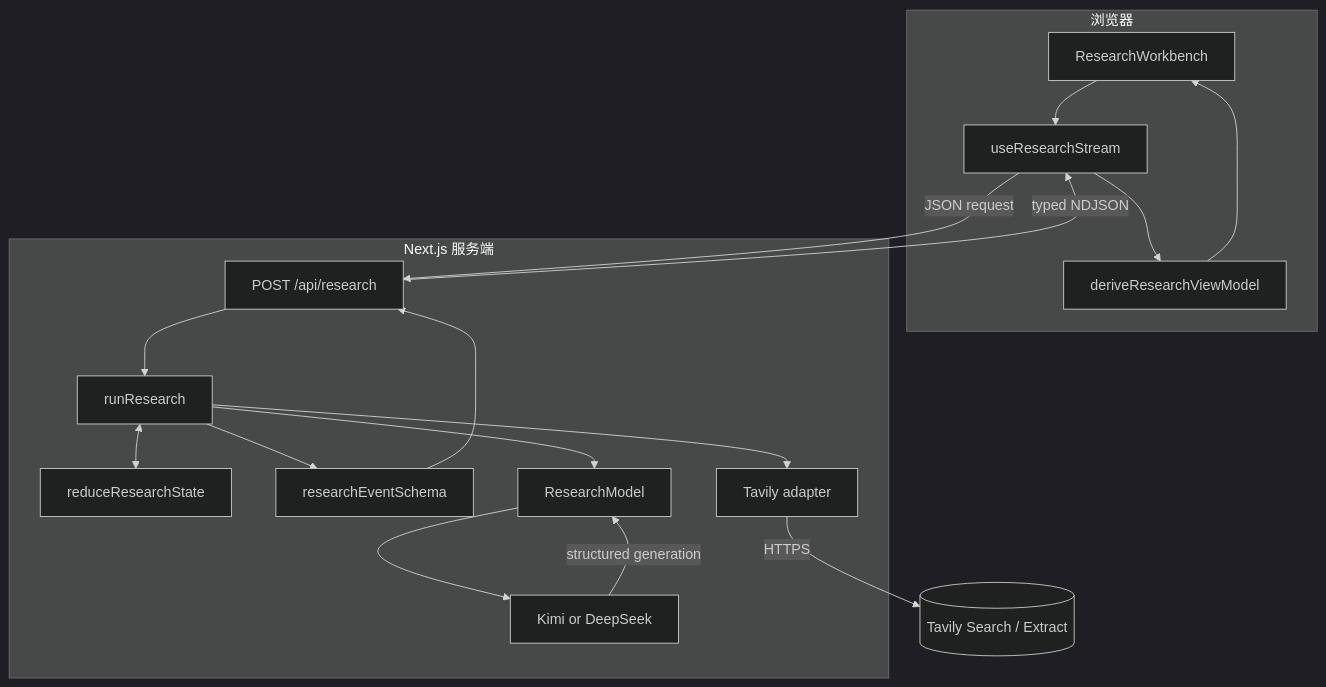
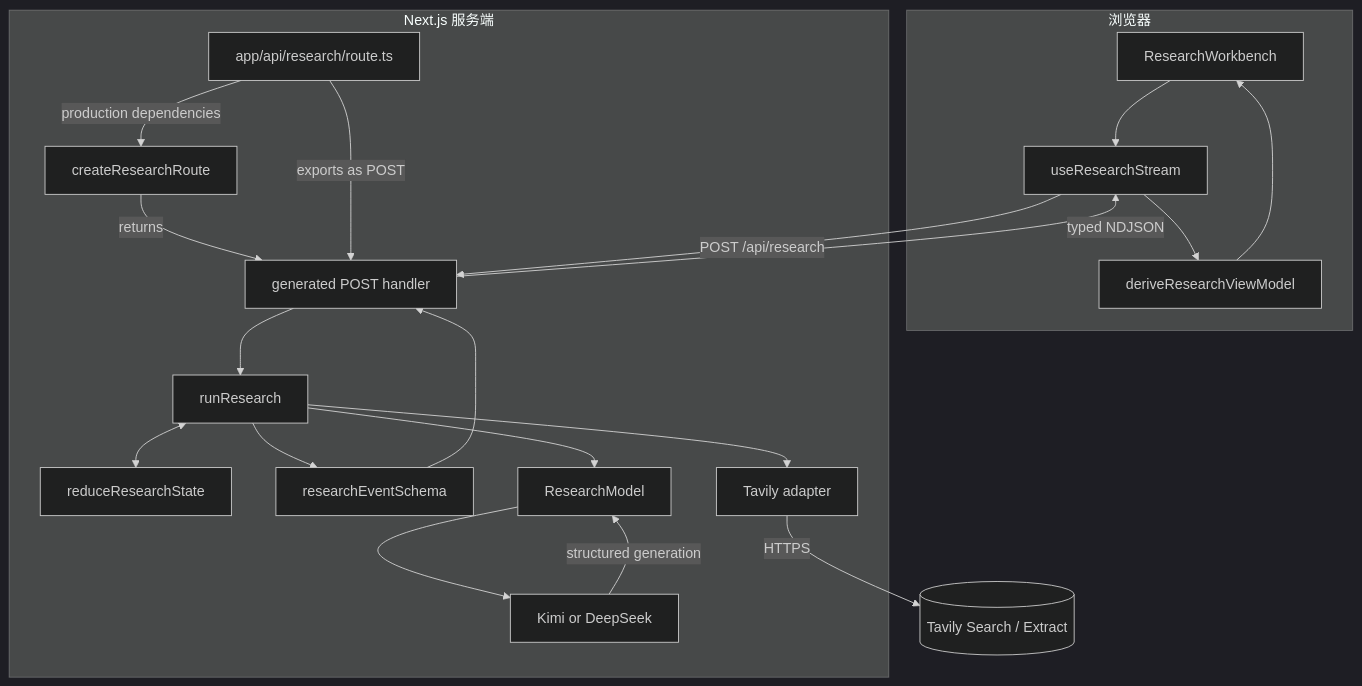
Before and after one commit to nightsu/research-agent-demo: the first of 2 diagrams in docs/architecture.md, drawn with Mermaid (dark theme). The commit also changed other lines of this file and 1 other file, not shown here.

Commit message:
docs: update research route architecture mapping

````diff
--- a/docs/architecture.md
+++ b/docs/architecture.md
@@ -23,31 +24,36 @@
 ```mermaid
 flowchart TB
     subgraph Browser[浏览器]
       UI[ResearchWorkbench]
       Hook[useResearchStream]
       VM[deriveResearchViewModel]
       UI --> Hook
       Hook --> VM --> UI
     end
 
     subgraph Server[Next.js 服务端]
-      Route[POST /api/research]
+      Wrapper[app/api/research/route.ts]
+      Factory[createResearchRoute]
+      Handler[generated POST handler]
       Agent[runResearch]
       State[reduceResearchState]
       Events[researchEventSchema]
       Model[ResearchModel]
       Provider[Kimi or DeepSeek]
       Tavily[Tavily adapter]
 
-      Route --> Agent
+      Wrapper -- production dependencies --> Factory
+      Factory -- returns --> Handler
+      Wrapper -- exports as POST --> Handler
+      Handler --> Agent
       Agent <--> State
-      Agent --> Events --> Route
+      Agent --> Events --> Handler
       Agent --> Model --> Provider
       Agent --> Tavily
     end
 
-    Hook -- JSON request --> Route
-    Route -- typed NDJSON --> Hook
+    Hook -- POST /api/research --> Handler
+    Handler -- typed NDJSON --> Hook
     Provider -- structured generation --> Model
     Tavily -- HTTPS --> Web[(Tavily Search / Extract)]
 ```
````
